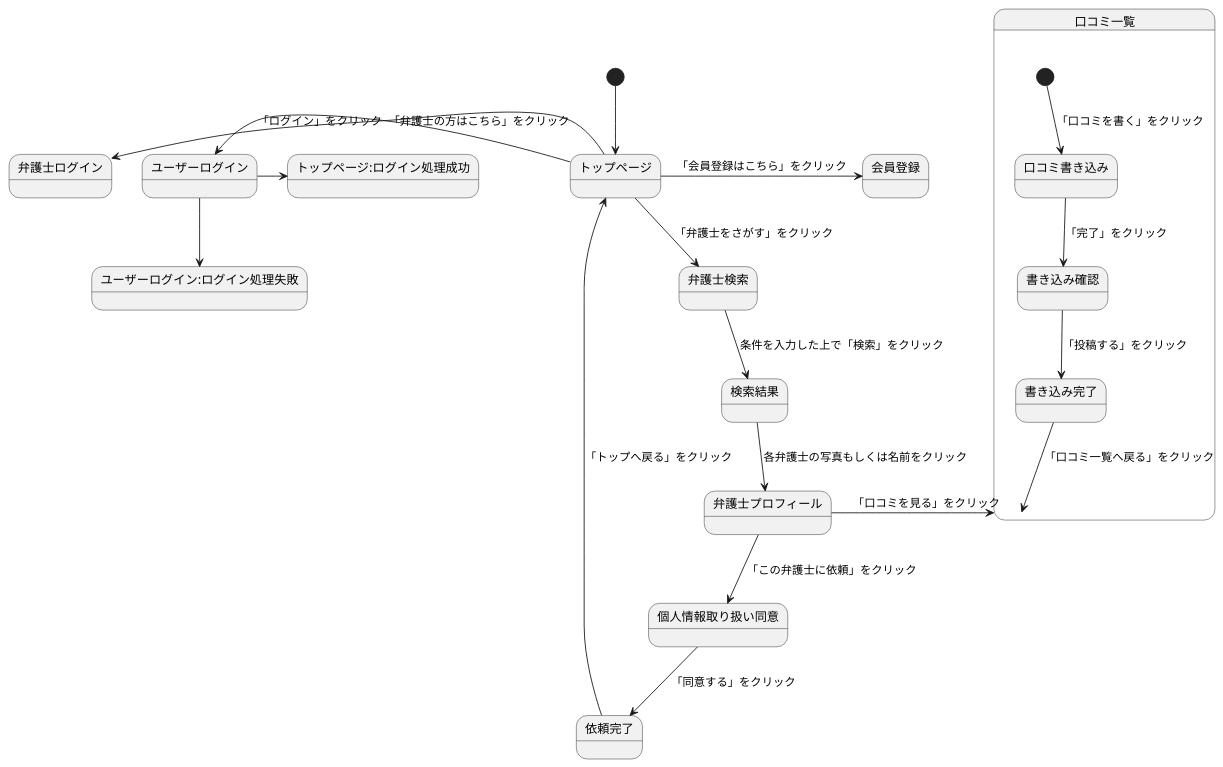
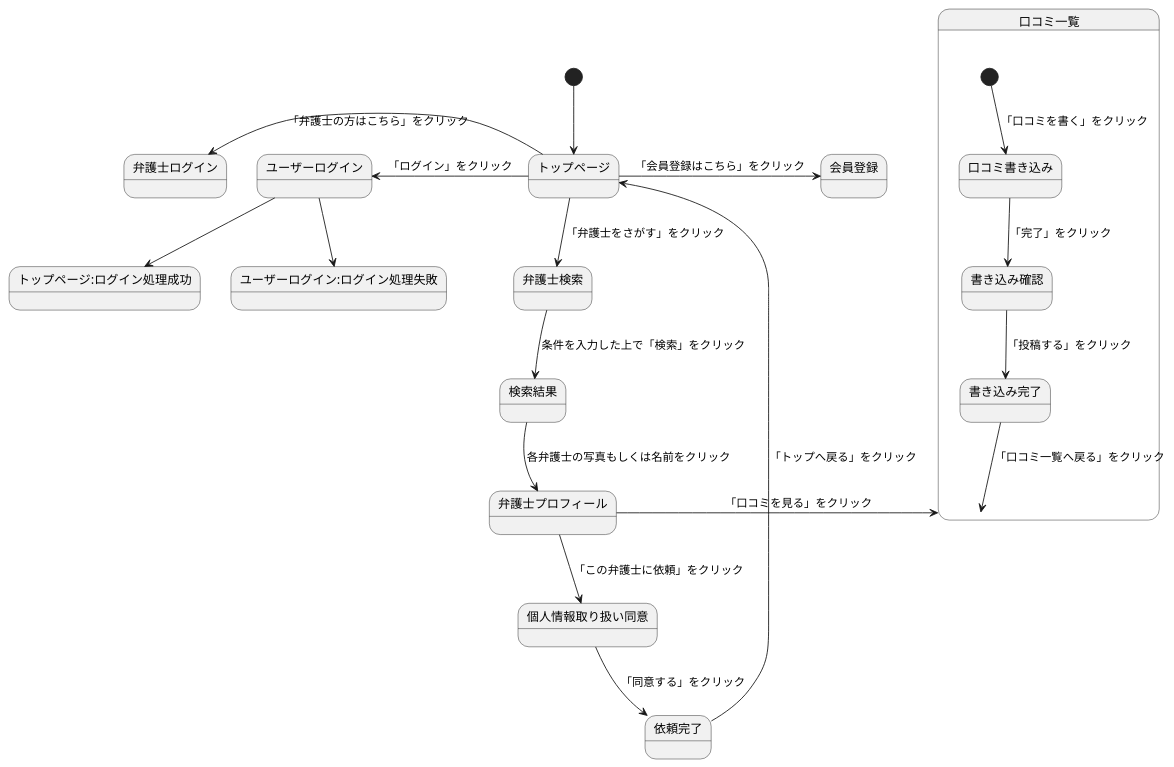
Before and after one commit to Aso2001374/2021sys-design: the diagram in 0524kadai.md, drawn with PlantUML.

````diff
--- a/0524kadai.md
+++ b/0524kadai.md
@@ -1,25 +1,25 @@
 ```uml
 @startuml
 [*] --> トップページ
 トップページ -> 会員登録:「会員登録はこちら」をクリック
 トップページ -left-> ユーザーログイン:「ログイン」をクリック
-ユーザーログイン-right->トップページ:ログイン処理成功
+ユーザーログイン-->トップページ:ログイン処理成功
 ユーザーログイン-->ユーザーログイン:ログイン処理失敗
 トップページ -left-> 弁護士ログイン:「弁護士の方はこちら」をクリック
 トップページ --> 弁護士検索:「弁護士をさがす」をクリック
 弁護士検索 --> 検索結果: 条件を入力した上で「検索」をクリック
 検索結果 -down-> 弁護士プロフィール: 各弁護士の写真もしくは名前をクリック
 弁護士プロフィール -left-> 口コミ一覧:「口コミを見る」をクリック
 弁護士プロフィール --> 個人情報取り扱い同意:「この弁護士に依頼」をクリック
 個人情報取り扱い同意-->依頼完了:「同意する」をクリック
 依頼完了-->トップページ:「トップへ戻る」をクリック
 
 state 口コミ一覧{
 [*] --> 口コミ書き込み:「口コミを書く」をクリック
 口コミ書き込み --> 書き込み確認:「完了」をクリック
 書き込み確認 --> 書き込み完了:「投稿する」をクリック
 書き込み完了 --> 口コミ一覧:「口コミ一覧へ戻る」をクリック
 }
 
 @enduml
 ```
````
